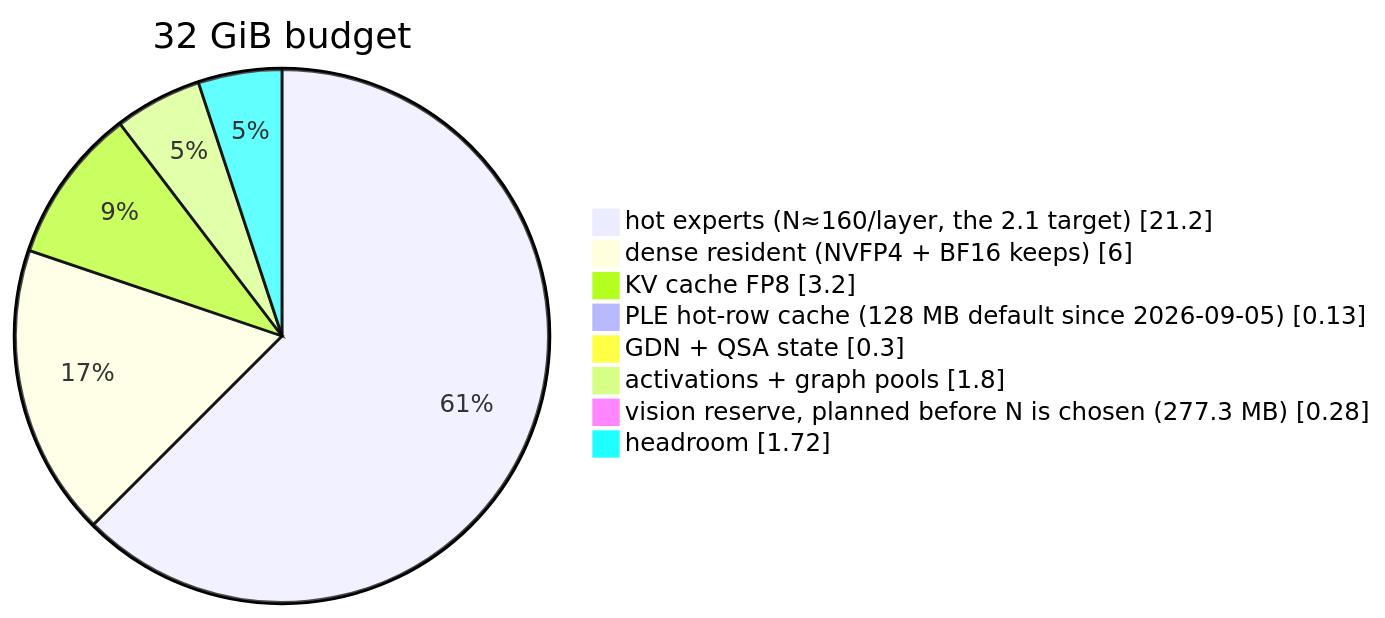
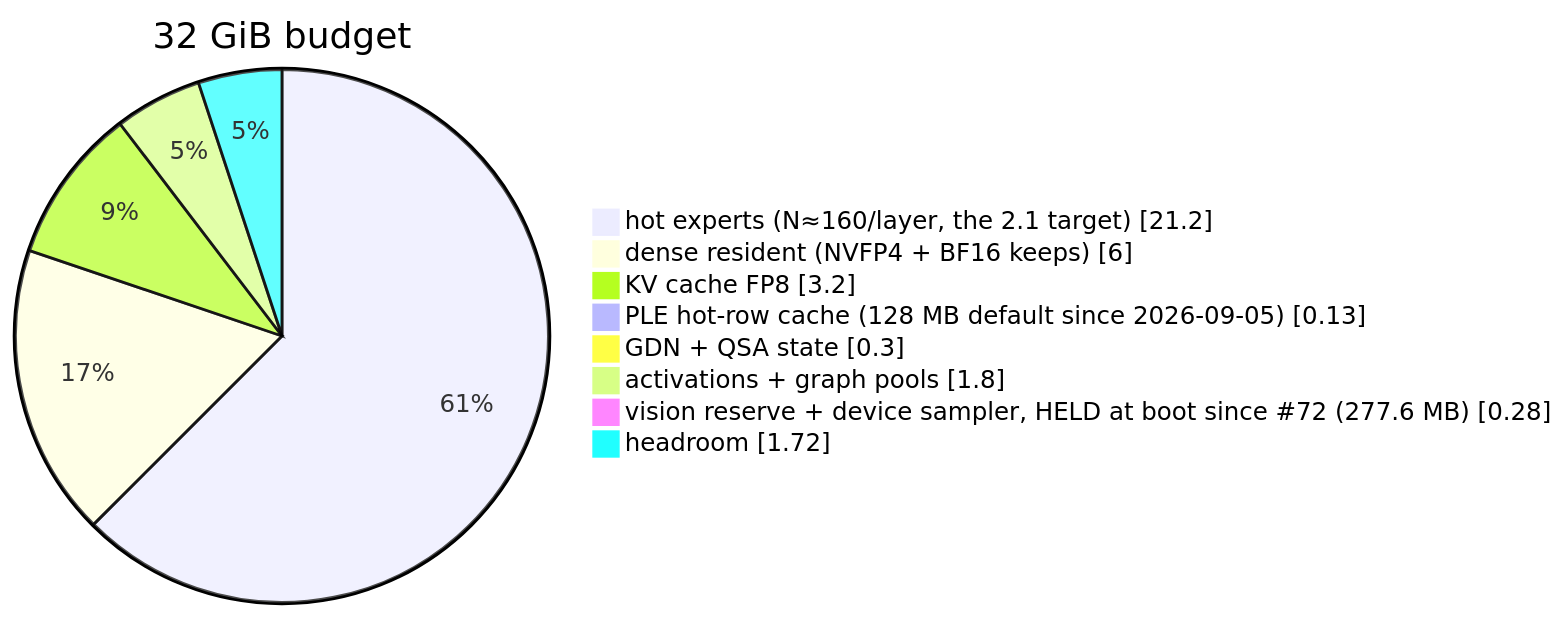
The third of 8 diagrams in docs/diagrams.md (nibor1896/crow-nest), drawn with Mermaid before and after one commit. The commit also changed other lines of this file and 9 other files, not shown here.

````diff
--- a/docs/diagrams.md
+++ b/docs/diagrams.md
@@ -84,11 +92,11 @@
 ```mermaid
 pie showData title 32 GiB budget
     "hot experts (N≈160/layer, the 2.1 target)" : 21.2
     "dense resident (NVFP4 + BF16 keeps)" : 6.0
     "KV cache FP8" : 3.2
     "PLE hot-row cache (128 MB default since 2026-09-05)" : 0.13
     "GDN + QSA state" : 0.3
     "activations + graph pools" : 1.8
-    "vision reserve, planned before N is chosen (277.3 MB)" : 0.28
+    "vision reserve + device sampler, HELD at boot since #72 (277.6 MB)" : 0.28
     "headroom" : 1.72
 ```
````
